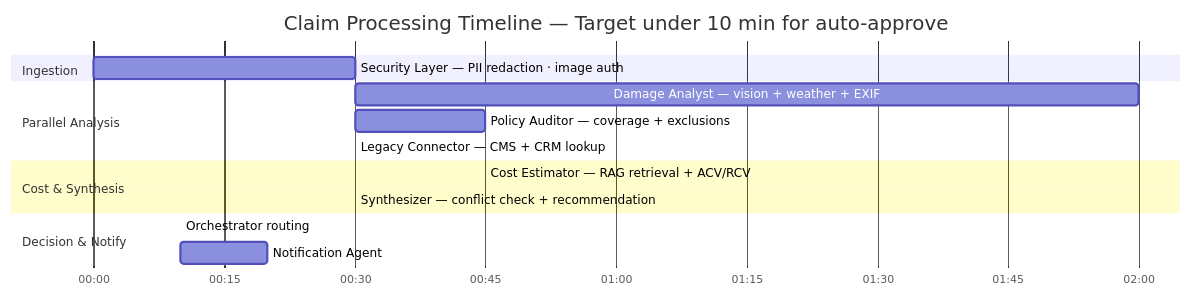
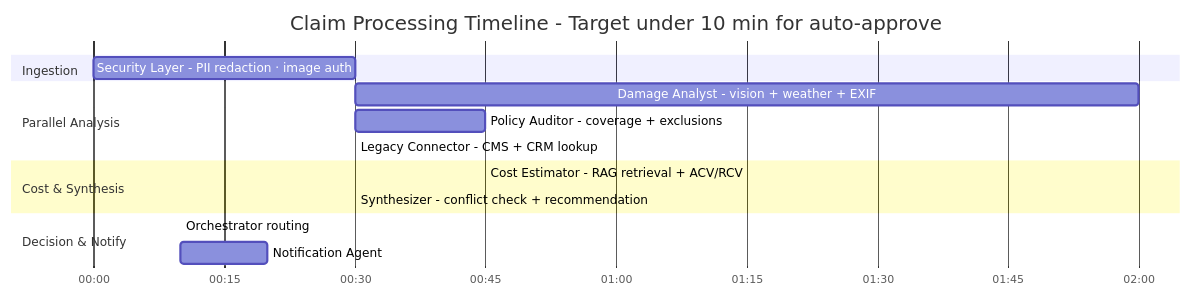
The fourth of 4 diagrams in docs/06-Agentic-AI/SystemDesigns/insurance-claims-processor.md (sundante/sun-course-genai), drawn with Mermaid before and after one commit. The commit also changed other lines of this file and 225 other files, not shown here.

````diff
--- a/docs/06-Agentic-AI/SystemDesigns/insurance-claims-processor.md
+++ b/docs/06-Agentic-AI/SystemDesigns/insurance-claims-processor.md
@@ -332,22 +332,22 @@
 ```mermaid
 gantt
-    title Claim Processing Timeline — Target under 10 min for auto-approve
+    title Claim Processing Timeline - Target under 10 min for auto-approve
     dateFormat  mm:ss
     axisFormat  %M:%S
 
     section Ingestion
-    Security Layer — PII redaction · image auth   :a0, 00:00, 00:30
+    Security Layer - PII redaction · image auth   :a0, 00:00, 00:30
 
     section Parallel Analysis
-    Damage Analyst — vision + weather + EXIF       :a1, after a0, 02:00
-    Policy Auditor — coverage + exclusions         :a2, after a0, 00:45
-    Legacy Connector — CMS + CRM lookup            :a3, after a0, 00:30
+    Damage Analyst - vision + weather + EXIF       :a1, after a0, 02:00
+    Policy Auditor - coverage + exclusions         :a2, after a0, 00:45
+    Legacy Connector - CMS + CRM lookup            :a3, after a0, 00:30
 
     section Cost & Synthesis
-    Cost Estimator — RAG retrieval + ACV/RCV       :a4, after a1, 00:45
-    Synthesizer — conflict check + recommendation  :a5, after a4, 00:30
+    Cost Estimator - RAG retrieval + ACV/RCV       :a4, after a1, 00:45
+    Synthesizer - conflict check + recommendation  :a5, after a4, 00:30
 
     section Decision & Notify
     Orchestrator routing                           :a6, after a5, 00:10
     Notification Agent                             :a7, after a6, 00:20
 ```
````
